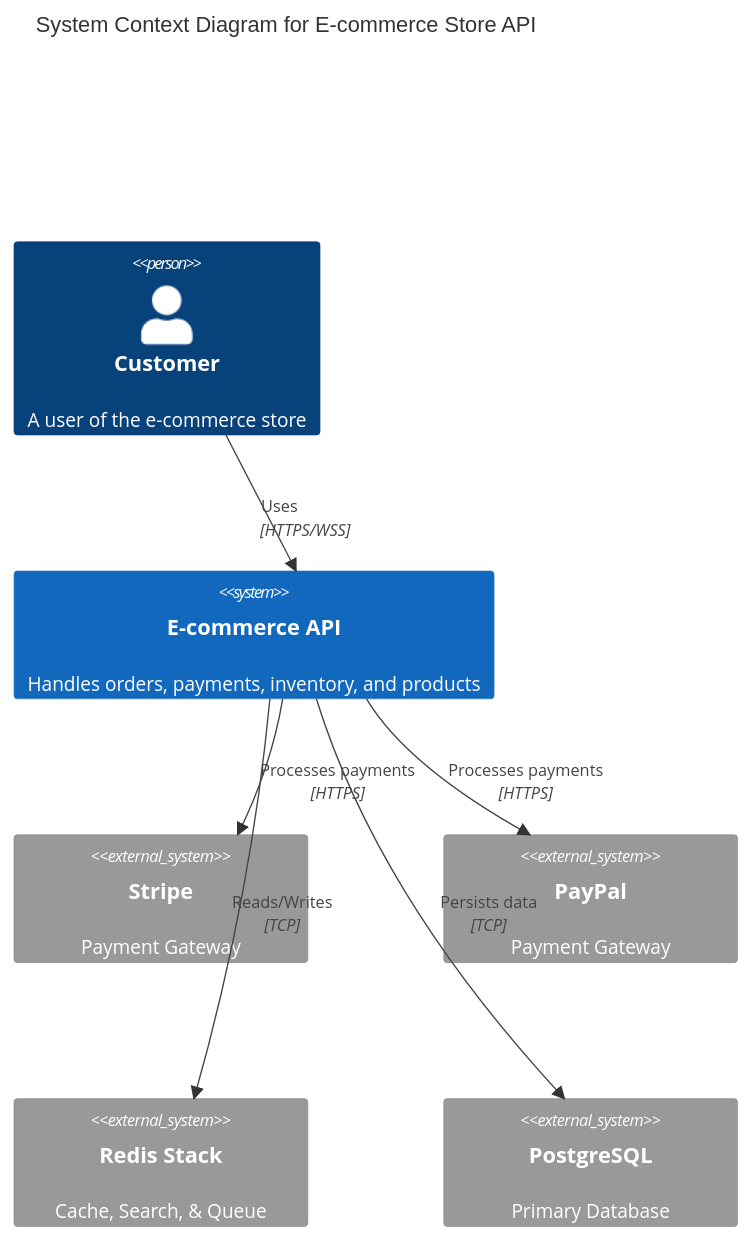
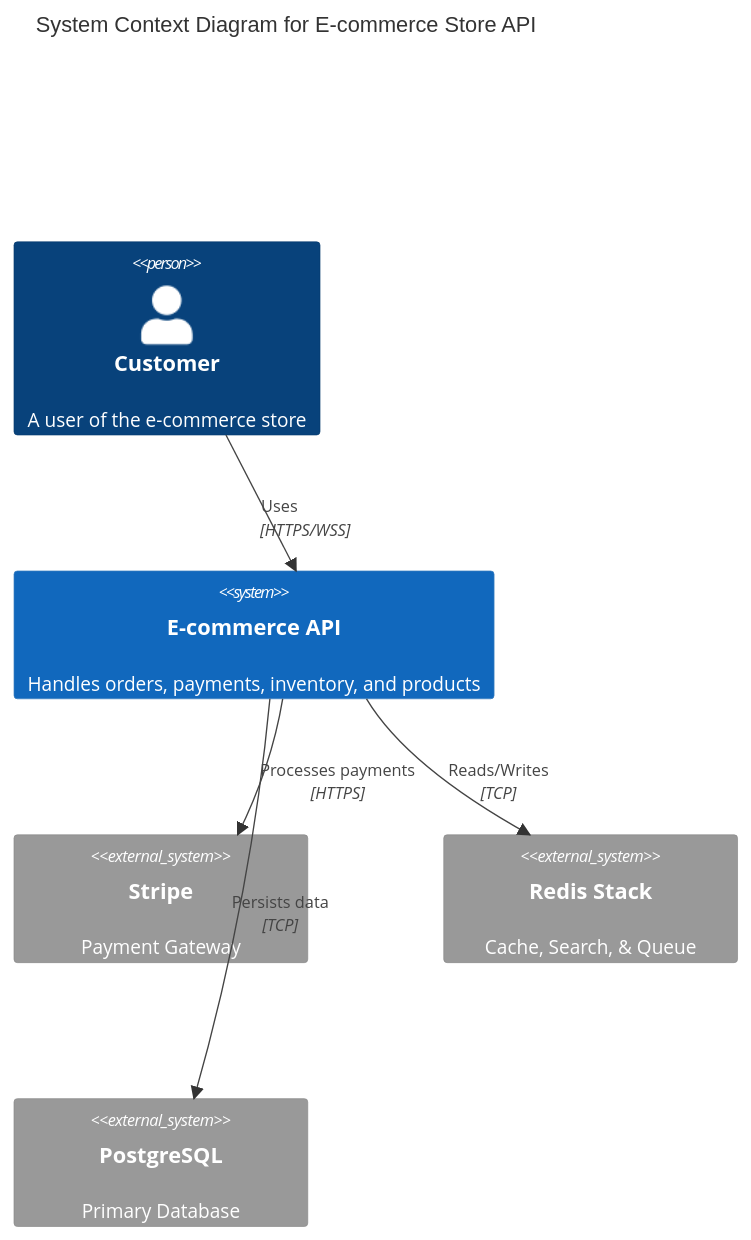
One commit to raouf-b-dev/ecommerce-store-api changed the second of 11 diagrams in docs/architecture/ARCHITECTURE.md. Above: the diagram before and after it, drawn with Mermaid. The commit also changed other lines of this file and 3 other files, not shown here.

First line of the commit message:
ES-139: Update Documentation and Architecture for Stripe Payment Integration

````diff
--- a/docs/architecture/ARCHITECTURE.md
+++ b/docs/architecture/ARCHITECTURE.md
@@ -103,18 +103,16 @@
 ```mermaid
 C4Context
     title System Context Diagram for E-commerce Store API
 
     Person(customer, "Customer", "A user of the e-commerce store")
     System(ecommerce, "E-commerce API", "Handles orders, payments, inventory, and products")
 
     System_Ext(stripe, "Stripe", "Payment Gateway")
-    System_Ext(paypal, "PayPal", "Payment Gateway")
     System_Ext(redis, "Redis Stack", "Cache, Search, & Queue")
     System_Ext(postgres, "PostgreSQL", "Primary Database")
 
     Rel(customer, ecommerce, "Uses", "HTTPS/WSS")
     Rel(ecommerce, stripe, "Processes payments", "HTTPS")
-    Rel(ecommerce, paypal, "Processes payments", "HTTPS")
     Rel(ecommerce, redis, "Reads/Writes", "TCP")
     Rel(ecommerce, postgres, "Persists data", "TCP")
 ```
````
